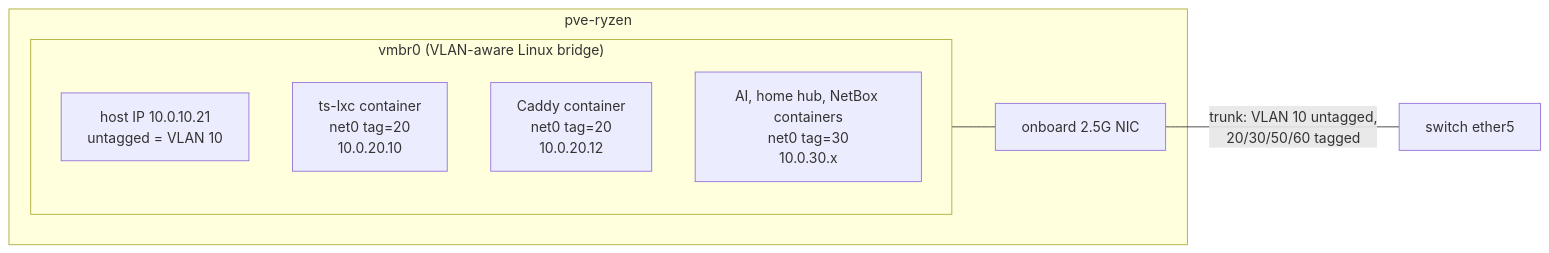
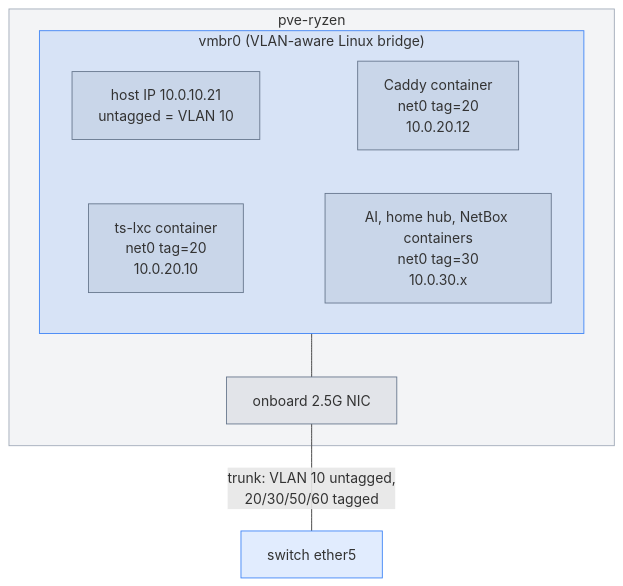
The seventh of 7 diagrams in content/pages/networking/basics/vlans-and-broadcast-domains.mdx (mithun3/tech-blog), drawn with Mermaid before and after one commit. The commit also changed other lines of this file and 8 other files, not shown here.

Commit message:
mermaid updates.

````diff
--- a/content/pages/networking/basics/vlans-and-broadcast-domains.mdx
+++ b/content/pages/networking/basics/vlans-and-broadcast-domains.mdx
@@ -220,14 +321,31 @@
 ```mermaid
-flowchart LR
+---
+config:
+  look: classic
+  fontFamily: "system-ui, -apple-system, Segoe UI, Roboto, Helvetica, Arial, sans-serif"
+  themeCSS: ".node rect, .cluster rect { rx: 6px; ry: 6px; }"
+  flowchart:
+    wrappingWidth: 200
+  themeVariables:
+    mainBkg: "#64748b1f"
+    nodeBorder: "#64748b"
+    clusterBkg: "#64748b14"
+    clusterBorder: "#64748b99"
+---
+flowchart TB
     subgraph RYZEN["pve-ryzen"]
         subgraph VMBR["vmbr0 (VLAN-aware Linux bridge)"]
             HOST["host IP 10.0.10.21<br/>untagged = VLAN 10"]
             CT210["ts-lxc container<br/>net0 tag=20<br/>10.0.20.10"]
             CT212["Caddy container<br/>net0 tag=20<br/>10.0.20.12"]
             CT13X["AI, home hub, NetBox containers<br/>net0 tag=30<br/>10.0.30.x"]
+            HOST ~~~ CT212
+            CT210 ~~~ CT13X
         end
         NIC["onboard 2.5G NIC"]
         VMBR --- NIC
     end
     NIC ---|"trunk: VLAN 10 untagged,<br/>20/30/50/60 tagged"| CE5["switch ether5"]
+    style VMBR fill:#3b82f626,stroke:#3b82f6
+    style CE5 fill:#3b82f626,stroke:#3b82f6
 ```
````
